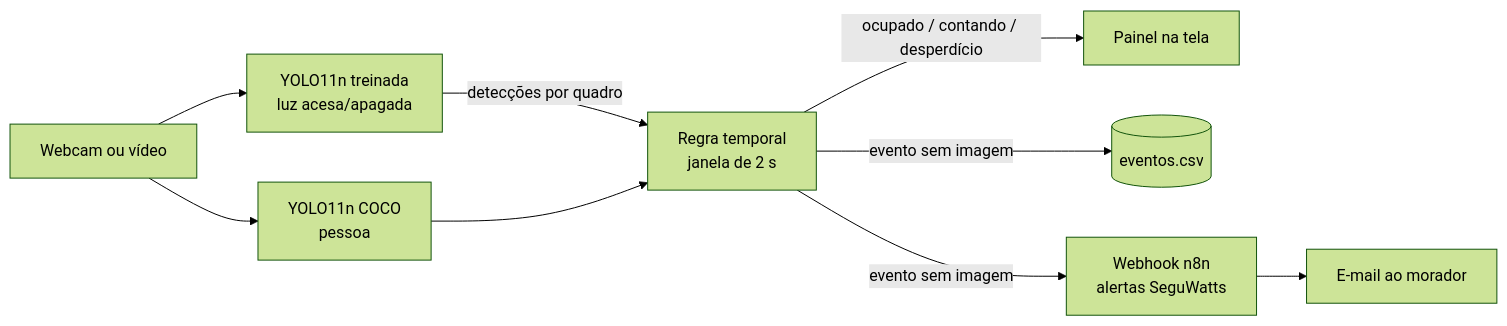
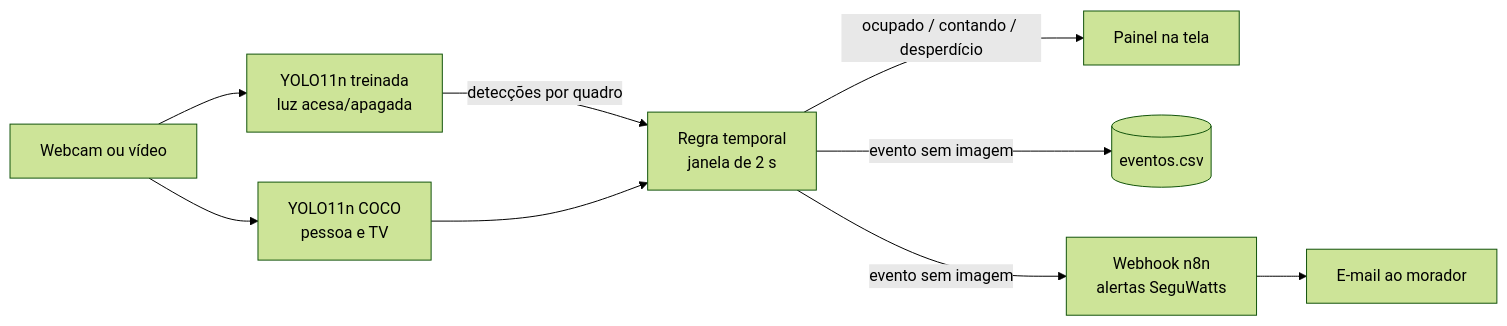
The diagram in README.md (dejesuscaua/Gs-visaocomputacional), drawn with Mermaid (forest theme) before and after one commit. The commit also changed other lines of this file and 4 other files, not shown here.

````diff
--- a/README.md
+++ b/README.md
@@ -22,10 +22,10 @@
 ```mermaid
 flowchart LR
   cam[Webcam ou vídeo] --> yolo[YOLO11n treinada<br/>luz acesa/apagada]
-  cam --> coco[YOLO11n COCO<br/>pessoa]
+  cam --> coco[YOLO11n COCO<br/>pessoa e TV]
   yolo -->|detecções por quadro| regra[Regra temporal<br/>janela de 2 s]
   coco --> regra
   regra -->|ocupado / contando / desperdício| hud[Painel na tela]
   regra -->|evento sem imagem| csv[(eventos.csv)]
   regra -->|evento sem imagem| n8n[Webhook n8n<br/>alertas SeguWatts] --> email[E-mail ao morador]
 ```
````
